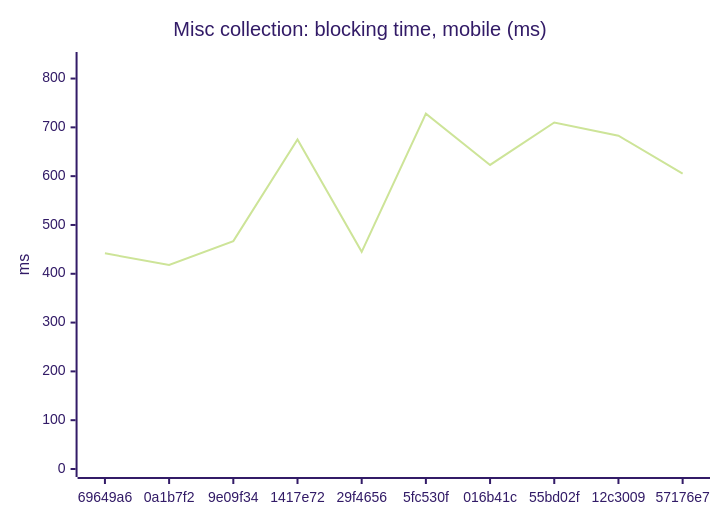
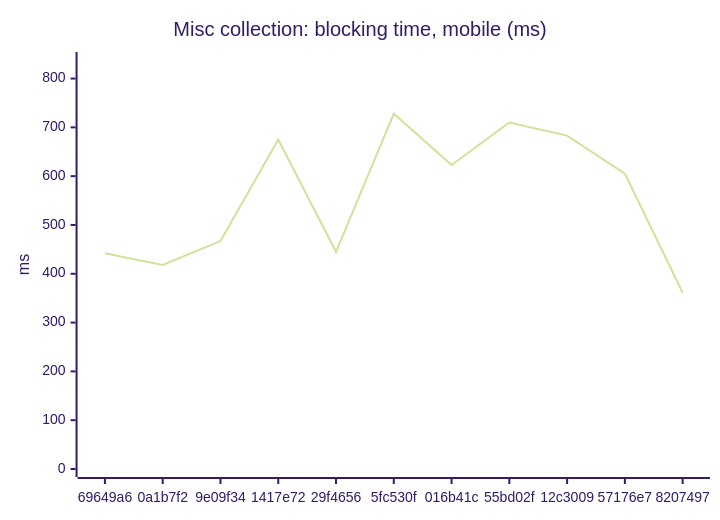
Before and after one commit to AxelUser/maltsev.space: the tenth of 18 diagrams in README.md, drawn with Mermaid (forest theme). The commit also changed other lines of this file and 1 other file, not shown here.

````diff
--- a/README.md
+++ b/README.md
@@ -115,7 +115,7 @@
 ```mermaid
 xychart-beta
   title "Misc collection: blocking time, mobile (ms)"
-  x-axis ["69649a6", "0a1b7f2", "9e09f34", "1417e72", "29f4656", "5fc530f", "016b41c", "55bd02f", "12c3009", "57176e7"]
+  x-axis ["69649a6", "0a1b7f2", "9e09f34", "1417e72", "29f4656", "5fc530f", "016b41c", "55bd02f", "12c3009", "57176e7", "8207497"]
   y-axis "ms" 0 --> 838
-  line [442, 418, 467, 675, 445, 728, 623, 710, 683, 605]
+  line [442, 418, 467, 675, 445, 728, 623, 710, 683, 605, 361]
 ```
````
